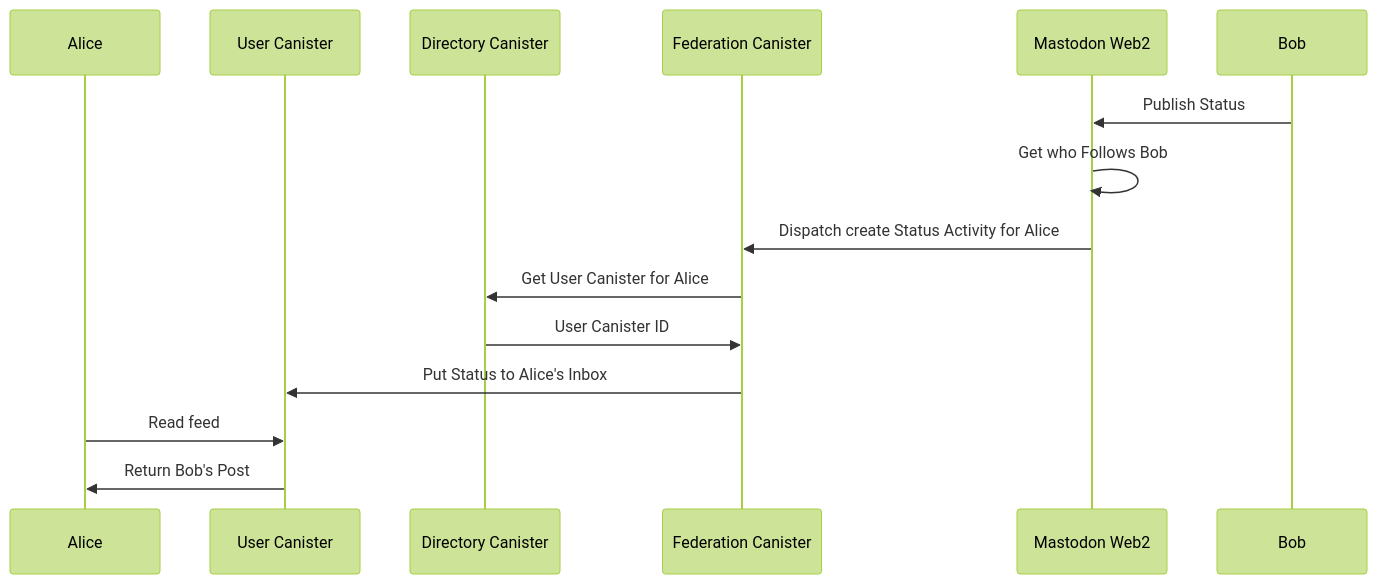
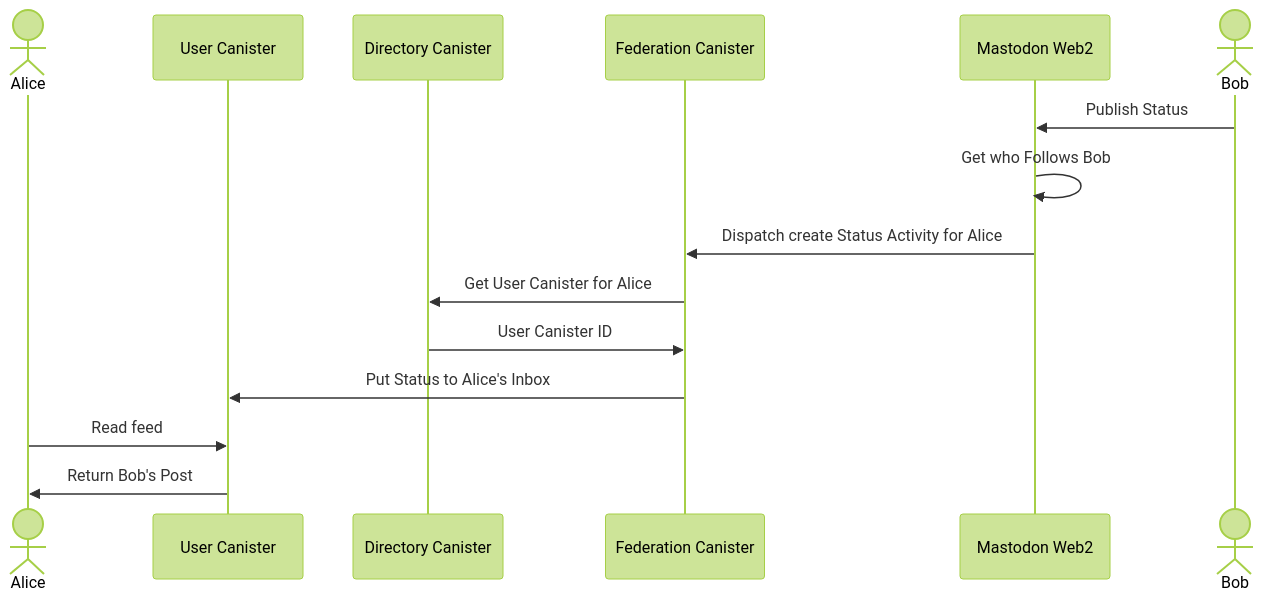
One commit to veeso/mastic changed diagram 11 of 11 in docs/architecture/README.md. Above: the diagram before and after it, drawn with Mermaid (forest theme). The commit also changed other lines of this file and 3 other files, not shown here.

````diff
--- a/docs/architecture/README.md
+++ b/docs/architecture/README.md
@@ -226,18 +226,18 @@
 ```mermaid
 sequenceDiagram
-    participant A as Alice
+    actor A as Alice
     participant UC as User Canister
     participant DIR as Directory Canister
     participant FED as Federation Canister
     participant M as Mastodon Web2
-    participant B as Bob
+    actor B as Bob
 
     B->>M: Publish Status
     M->>M: Get who Follows Bob
     M->>FED: Dispatch create Status Activity for Alice
     FED->>DIR: Get User Canister for Alice
     DIR->>FED: User Canister ID
     FED->>UC: Put Status to Alice's Inbox
     A->>UC: Read feed
     UC->>A: Return Bob's Post
 ```
````
